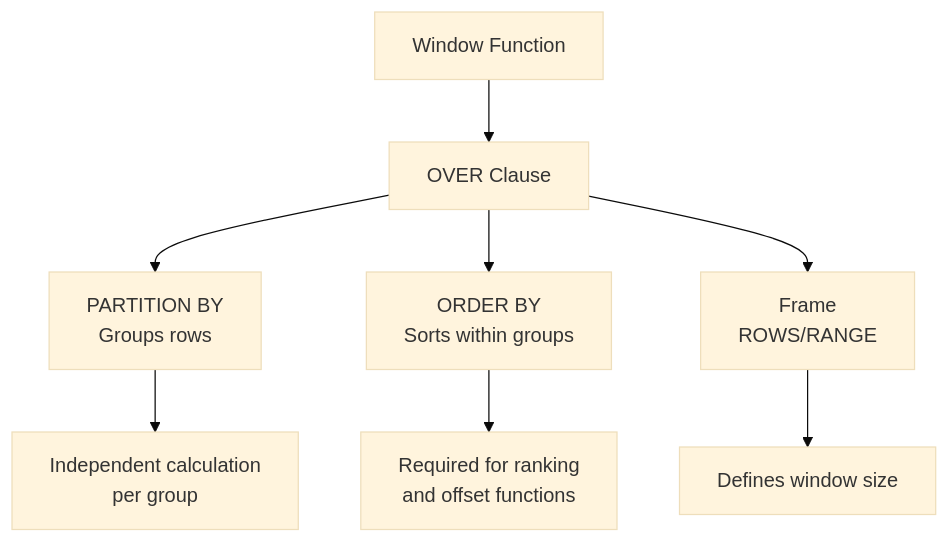
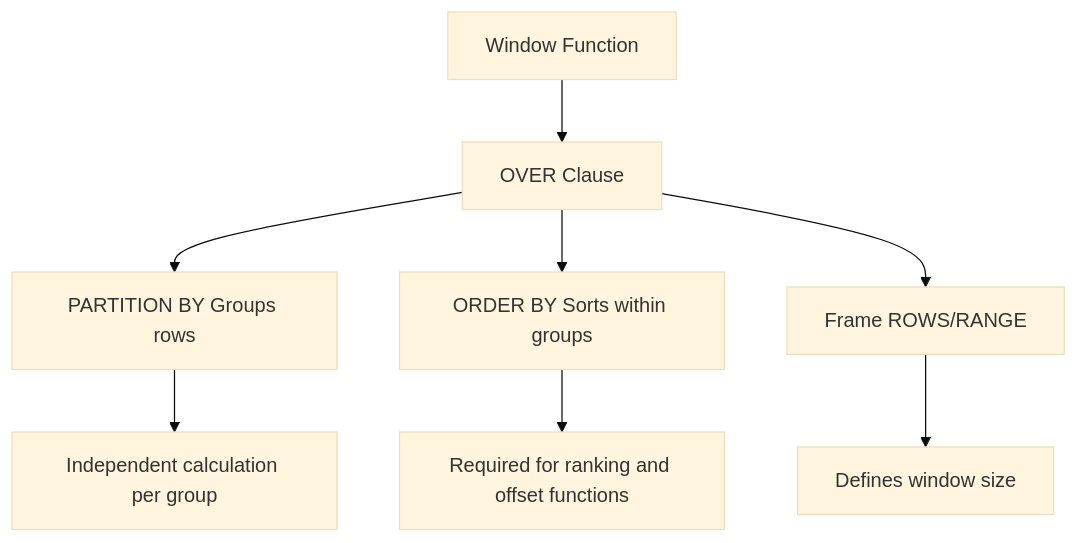
Before and after one commit to basharArif/sql-learning-path: the diagram in advanced/5-window-functions.md, drawn with Mermaid (base theme). The commit also changed 12 other files, not shown here.

Commit message:
Fix Mermaid diagrams in remaining files: Replace \n with spaces for proper rendering

````diff
--- a/advanced/5-window-functions.md
+++ b/advanced/5-window-functions.md
@@ -22,11 +22,11 @@
 ```mermaid
 graph TD
     A[Window Function] --> B[OVER Clause]
-    B --> C[PARTITION BY\nGroups rows]
-    B --> D[ORDER BY\nSorts within groups]
-    B --> E[Frame\nROWS/RANGE]
+    B --> C[PARTITION BY Groups rows]
+    B --> D[ORDER BY Sorts within groups]
+    B --> E[Frame ROWS/RANGE]
     
-    C --> F[Independent calculation\nper group]
-    D --> G[Required for ranking\nand offset functions]
+    C --> F[Independent calculation per group]
+    D --> G[Required for ranking and offset functions]
     E --> H[Defines window size]
 ```
````
